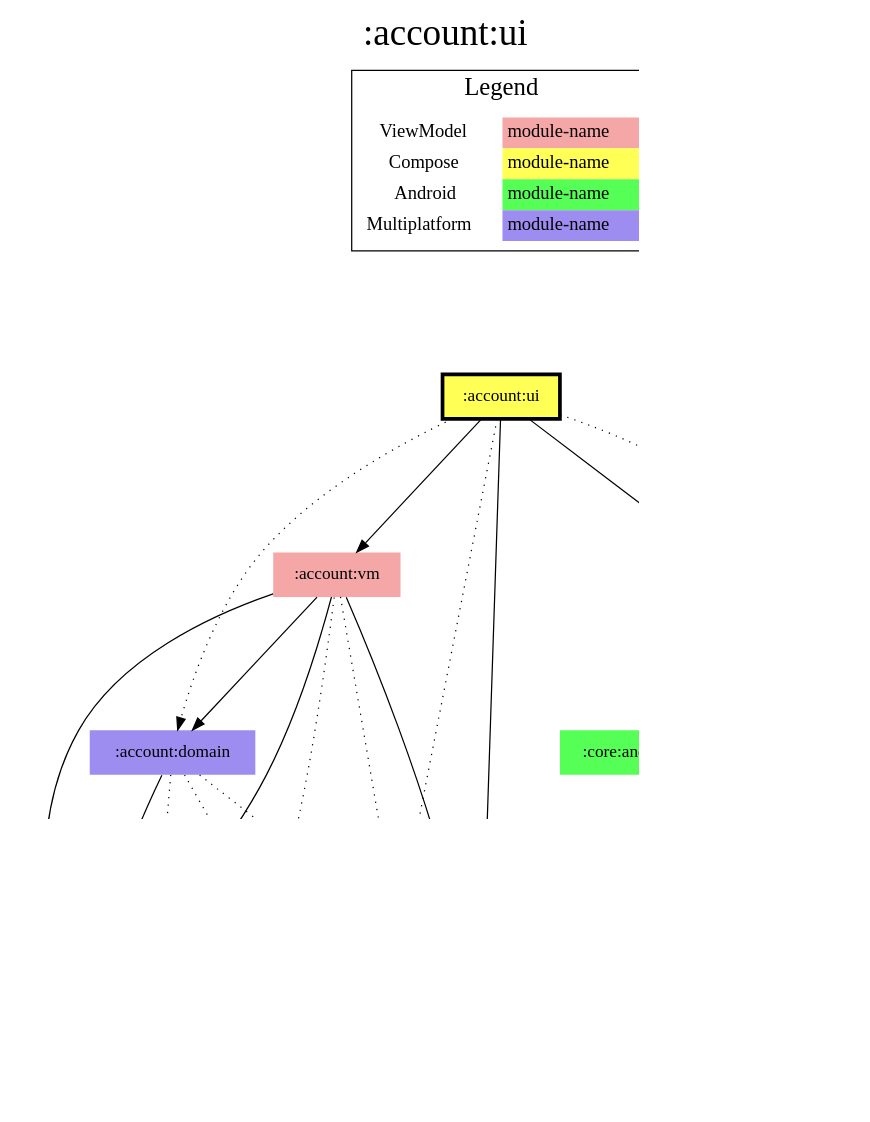
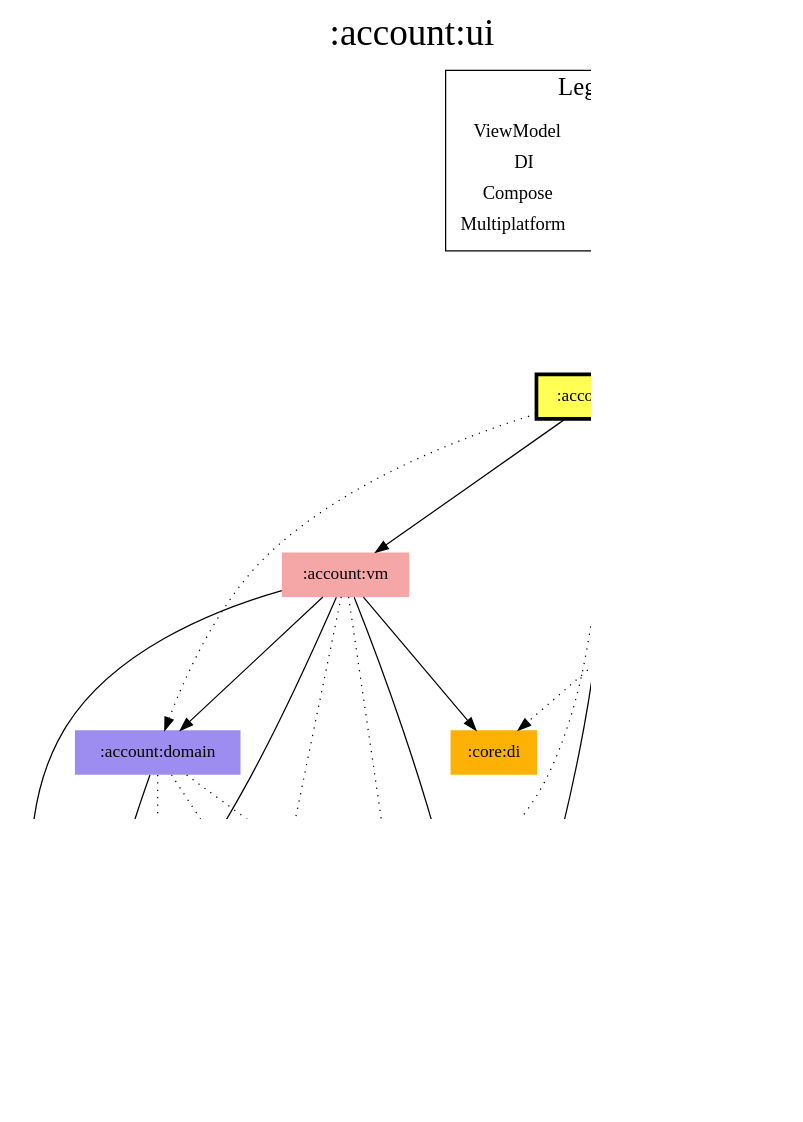
The diagram in modules/account/ui/modules.dot (jonapoul/aktual), drawn with Graphviz before and after one commit. The commit also changed 719 other files, not shown here.

```diff
--- a/modules/account/ui/modules.dot
+++ b/modules/account/ui/modules.dot
@@ -1,61 +1,62 @@
 digraph {
 edge ["dir"="forward"]
 graph ["dpi"="100","label"=":account:ui","labelloc"="t","fontsize"="30","ranksep"="1.5","rankdir"="TB"]
 node ["style"="filled"]
 ":account:domain" ["fillcolor"="#9D8DF1","shape"="none"]
 ":account:model" ["fillcolor"="#9D8DF1","shape"="none"]
 ":account:ui" ["fillcolor"="#FFFF55","color"="black","penwidth"="3","shape"="box"]
 ":account:vm" ["fillcolor"="#F5A6A6","shape"="none"]
 ":api:actual" ["fillcolor"="#9D8DF1","shape"="none"]
 ":budget:model" ["fillcolor"="#9D8DF1","shape"="none"]
 ":codegen:annotation" ["fillcolor"="#9D8DF1","shape"="none"]
-":core:android" ["fillcolor"="#55FF55","shape"="none"]
+":core:di" ["fillcolor"="#FCB103","shape"="none"]
 ":core:model" ["fillcolor"="#9D8DF1","shape"="none"]
 ":core:ui" ["fillcolor"="#FFFF55","shape"="none"]
 ":l10n" ["fillcolor"="#9D8DF1","shape"="none"]
 ":logging" ["fillcolor"="#9D8DF1","shape"="none"]
 ":prefs" ["fillcolor"="#9D8DF1","shape"="none"]
 {
 edge ["dir"="none"]
 graph ["rank"="same"]
 ":account:ui"
 }
 ":account:domain" -> ":account:model"
 ":account:domain" -> ":api:actual" ["style"="dotted"]
 ":account:domain" -> ":logging" ["style"="dotted"]
 ":account:domain" -> ":prefs" ["style"="dotted"]
 ":account:ui" -> ":account:domain" ["style"="dotted"]
 ":account:ui" -> ":account:vm"
 ":account:ui" -> ":core:model"
 ":account:ui" -> ":core:ui"
 ":account:ui" -> ":l10n" ["style"="dotted"]
 ":account:ui" -> ":logging" ["style"="dotted"]
 ":account:vm" -> ":account:domain"
 ":account:vm" -> ":account:model"
 ":account:vm" -> ":api:actual" ["style"="dotted"]
+":account:vm" -> ":core:di"
 ":account:vm" -> ":core:model"
 ":account:vm" -> ":logging" ["style"="dotted"]
 ":account:vm" -> ":prefs"
 ":api:actual" -> ":account:model"
 ":api:actual" -> ":budget:model"
 ":api:actual" -> ":codegen:annotation" ["style"="dotted"]
 ":api:actual" -> ":core:model"
 ":core:ui" -> ":budget:model"
-":core:ui" -> ":core:android" ["style"="dotted"]
+":core:ui" -> ":core:di" ["style"="dotted"]
 ":core:ui" -> ":core:model"
 ":core:ui" -> ":l10n" ["style"="dotted"]
 ":prefs" -> ":account:model"
 ":prefs" -> ":core:model"
 subgraph "cluster_legend" {
 edge ["dir"="none"]
 graph ["label"="Legend","fontsize"="20"]
 "Legend" ["style"="filled","fillcolor"="#FFFFFF","shape"="none","margin"="0","fontsize"="15","label"=<
 <TABLE BORDER="0" CELLBORDER="0" CELLSPACING="0" CELLPADDING="4">
 <TR><TD>ViewModel</TD><TD BGCOLOR="#F5A6A6">module-name</TD></TR>
+<TR><TD>DI</TD><TD BGCOLOR="#FCB103">module-name</TD></TR>
 <TR><TD>Compose</TD><TD BGCOLOR="#FFFF55">module-name</TD></TR>
-<TR><TD>Android</TD><TD BGCOLOR="#55FF55">module-name</TD></TR>
 <TR><TD>Multiplatform</TD><TD BGCOLOR="#9D8DF1">module-name</TD></TR>
 </TABLE>
 >]
 } -> ":account:ui" ["style"="invis"]
 }
```
